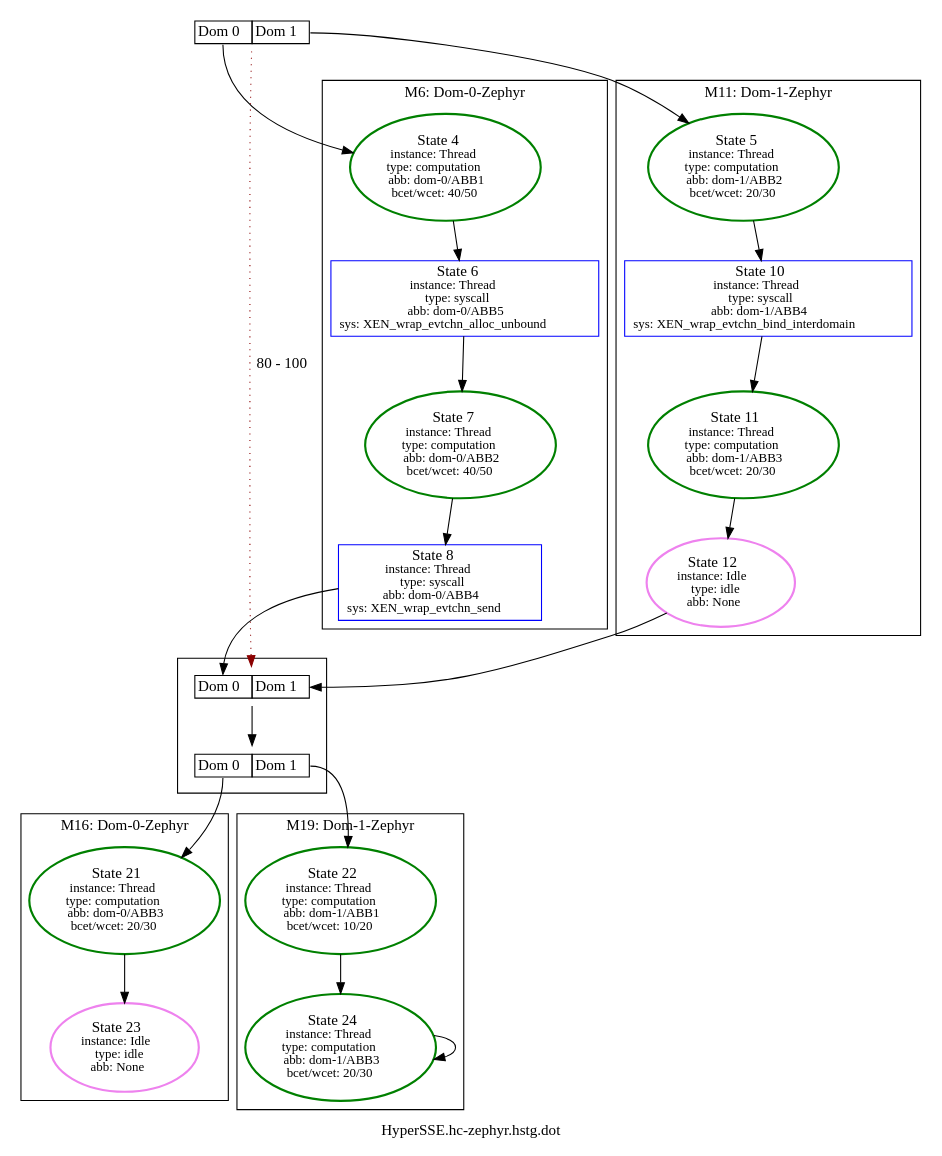
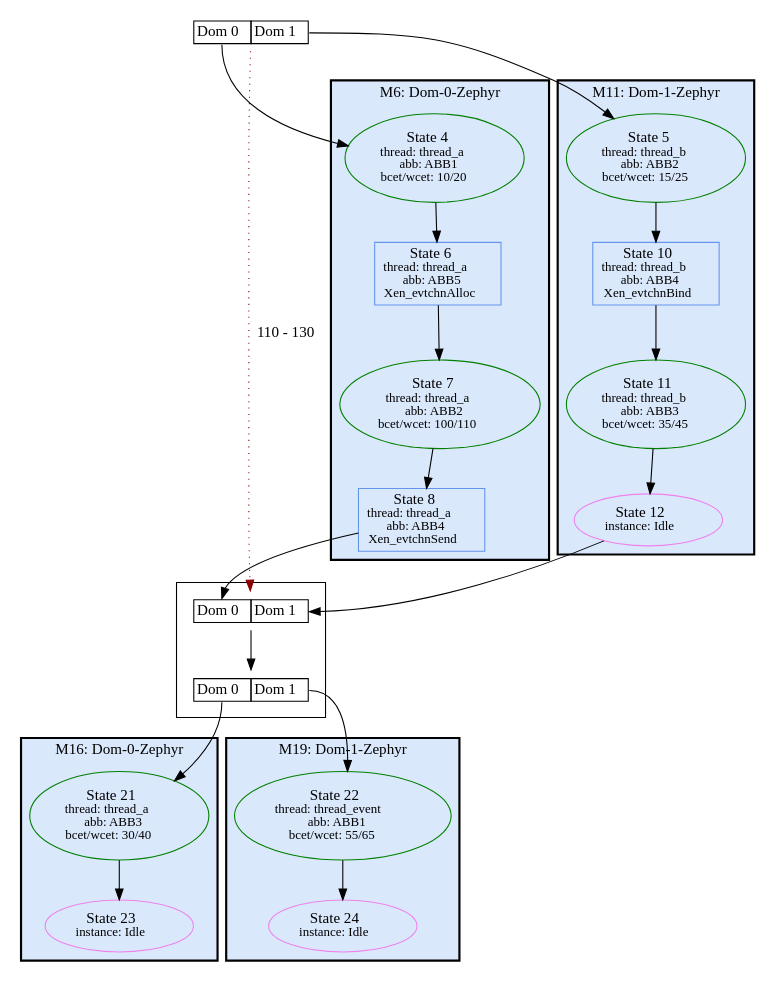
The diagram in appl/Xen/hc-zephyr/HyperSSE.hc-zephyr.hstg.dot (luhsra/ara), drawn with Graphviz before and after one commit. The commit also changed 119 other files, not shown here.

```diff
--- a/appl/Xen/hc-zephyr/HyperSSE.hc-zephyr.hstg.dot
+++ b/appl/Xen/hc-zephyr/HyperSSE.hc-zephyr.hstg.dot
@@ -1,55 +1,62 @@
 digraph G {
-label="HyperSSE.hc-zephyr.hstg.dot";
+label="";
 1 [label=<<TABLE BORDER="0" CELLBORDER="1" CELLSPACING="0"><TR><TD PORT="c0">Dom 0</TD><TD PORT="c1">Dom 1</TD></TR></TABLE>>, shape=plaintext, tooltip=1];
 subgraph cluster_6 {
+bgcolor="#DAE8FC";
 label="M6: Dom-0-Zephyr";
-2 [color=green, fontsize=14, label=<State 4<br/><font point-size='12'>instance: Thread<br/>type: computation<br/>abb: dom-0/ABB1<br/>bcet/wcet: 40/50</font>>, style=bold, tooltip=2];
-3 [color=blue, fontsize=14, label=<State 6<br/><font point-size='12'>instance: Thread<br/>type: syscall<br/>abb: dom-0/ABB5<br/>sys: XEN_wrap_evtchn_alloc_unbound</font>>, shape=box, tooltip=3];
-4 [color=green, fontsize=14, label=<State 7<br/><font point-size='12'>instance: Thread<br/>type: computation<br/>abb: dom-0/ABB2<br/>bcet/wcet: 40/50</font>>, style=bold, tooltip=4];
-5 [color=blue, fontsize=14, label=<State 8<br/><font point-size='12'>instance: Thread<br/>type: syscall<br/>abb: dom-0/ABB4<br/>sys: XEN_wrap_evtchn_send</font>>, shape=box, tooltip=5];
+style=bold;
+2 [color=green, fontsize=14, label=<State 4<br/><font point-size='12'>thread: thread_a<br/>abb: ABB1<br/>bcet/wcet: 10/20</font>>, style=solid, tooltip=2];
+3 [color=cornflowerblue, fontsize=14, label=<State 6<br/><font point-size='12'>thread: thread_a<br/>abb: ABB5<br/>Xen_evtchnAlloc</font>>, shape=box, tooltip=3];
+4 [color=green, fontsize=14, label=<State 7<br/><font point-size='12'>thread: thread_a<br/>abb: ABB2<br/>bcet/wcet: 100/110</font>>, style=solid, tooltip=4];
+5 [color=cornflowerblue, fontsize=14, label=<State 8<br/><font point-size='12'>thread: thread_a<br/>abb: ABB4<br/>Xen_evtchnSend</font>>, shape=box, tooltip=5];
 }
 
 subgraph cluster_11 {
+bgcolor="#DAE8FC";
 label="M11: Dom-1-Zephyr";
-8 [color=blue, fontsize=14, label=<State 10<br/><font point-size='12'>instance: Thread<br/>type: syscall<br/>abb: dom-1/ABB4<br/>sys: XEN_wrap_evtchn_bind_interdomain</font>>, shape=box, tooltip=8];
-9 [color=green, fontsize=14, label=<State 11<br/><font point-size='12'>instance: Thread<br/>type: computation<br/>abb: dom-1/ABB3<br/>bcet/wcet: 20/30</font>>, style=bold, tooltip=9];
-10 [color=violet, fontsize=14, label=<State 12<br/><font point-size='12'>instance: Idle<br/>type: idle<br/>abb: None</font>>, style=bold, tooltip=10];
-7 [color=green, fontsize=14, label=<State 5<br/><font point-size='12'>instance: Thread<br/>type: computation<br/>abb: dom-1/ABB2<br/>bcet/wcet: 20/30</font>>, style=bold, tooltip=7];
+style=bold;
+8 [color=cornflowerblue, fontsize=14, label=<State 10<br/><font point-size='12'>thread: thread_b<br/>abb: ABB4<br/>Xen_evtchnBind</font>>, shape=box, tooltip=8];
+9 [color=green, fontsize=14, label=<State 11<br/><font point-size='12'>thread: thread_b<br/>abb: ABB3<br/>bcet/wcet: 35/45</font>>, style=solid, tooltip=9];
+10 [color=violet, fontsize=14, label=<State 12<br/><font point-size='12'>instance: Idle</font>>, style=solid, tooltip=10];
+7 [color=green, fontsize=14, label=<State 5<br/><font point-size='12'>thread: thread_b<br/>abb: ABB2<br/>bcet/wcet: 15/25</font>>, style=solid, tooltip=7];
 }
 
 subgraph cluster_16 {
+bgcolor="#DAE8FC";
 label="M16: Dom-0-Zephyr";
-14 [color=green, fontsize=14, label=<State 21<br/><font point-size='12'>instance: Thread<br/>type: computation<br/>abb: dom-0/ABB3<br/>bcet/wcet: 20/30</font>>, style=bold, tooltip=14];
-15 [color=violet, fontsize=14, label=<State 23<br/><font point-size='12'>instance: Idle<br/>type: idle<br/>abb: None</font>>, style=bold, tooltip=15];
+style=bold;
+14 [color=green, fontsize=14, label=<State 21<br/><font point-size='12'>thread: thread_a<br/>abb: ABB3<br/>bcet/wcet: 30/40</font>>, style=solid, tooltip=14];
+15 [color=violet, fontsize=14, label=<State 23<br/><font point-size='12'>instance: Idle</font>>, style=solid, tooltip=15];
 }
 
 subgraph cluster_19 {
+bgcolor="#DAE8FC";
 label="M19: Dom-1-Zephyr";
-17 [color=green, fontsize=14, label=<State 22<br/><font point-size='12'>instance: Thread<br/>type: computation<br/>abb: dom-1/ABB1<br/>bcet/wcet: 10/20</font>>, style=bold, tooltip=17];
-18 [color=green, fontsize=14, label=<State 24<br/><font point-size='12'>instance: Thread<br/>type: computation<br/>abb: dom-1/ABB3<br/>bcet/wcet: 20/30</font>>, style=bold, tooltip=18];
+style=bold;
+17 [color=green, fontsize=14, label=<State 22<br/><font point-size='12'>thread: thread_event<br/>abb: ABB1<br/>bcet/wcet: 55/65</font>>, style=solid, tooltip=17];
+18 [color=violet, fontsize=14, label=<State 24<br/><font point-size='12'>instance: Idle</font>>, style=solid, tooltip=18];
 }
 
 subgraph cluster_Metasync12 {
 label="";
 12 [label=<<TABLE BORDER="0" CELLBORDER="1" CELLSPACING="0"><TR><TD PORT="c0">Dom 0</TD><TD PORT="c1">Dom 1</TD></TR></TABLE>>, shape=plaintext, tooltip=12];
 13 [label=<<TABLE BORDER="0" CELLBORDER="1" CELLSPACING="0"><TR><TD PORT="c0">Dom 0</TD><TD PORT="c1">Dom 1</TD></TR></TABLE>>, shape=plaintext, tooltip=13];
 }
 
 1:c0 -> 2  [color=black];
 1:c1 -> 7  [color=black];
-1 -> 12  [color=darkred, label="80 - 100", style=dotted];
+1 -> 12  [color=darkred, label="110 - 130", style=dotted];
 2 -> 3  [color=black];
 3 -> 4  [color=black];
 4 -> 5  [color=black];
 5 -> 12:c0  [color=black];
 7 -> 8  [color=black];
 8 -> 9  [color=black];
 9 -> 10  [color=black];
 10 -> 12:c1  [color=black];
 12 -> 13  [color=black];
 13:c0 -> 14  [color=black];
 13:c1 -> 17  [color=black];
 14 -> 15  [color=black];
 17 -> 18  [color=black];
-18 -> 18  [color=black];
 }
```
